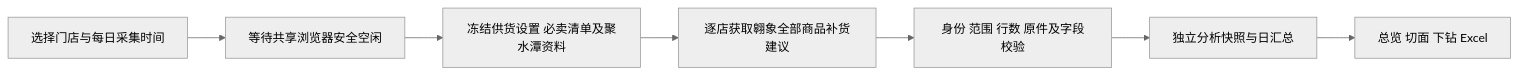
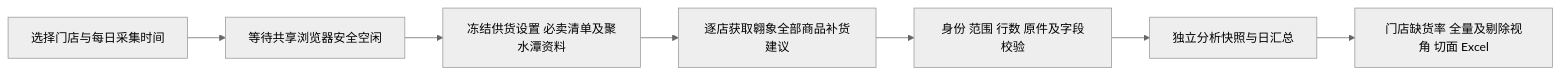
The diagram in docs/plans/每日缺货率分析独立板块方案_20261107.md (SakuraCulture/replenishment-assistant), drawn with Mermaid (neutral theme) before and after one commit. The commit also changed other lines of this file and 1 other file, not shown here.

````diff
--- a/docs/plans/每日缺货率分析独立板块方案_20261107.md
+++ b/docs/plans/每日缺货率分析独立板块方案_20261107.md
@@ -134,9 +169,9 @@
 ```mermaid
 flowchart LR
     A[选择门店与每日采集时间] --> B[等待共享浏览器安全空闲]
     B --> C[冻结供货设置 必卖清单及聚水潭资料]
     C --> D[逐店获取翱象全部商品补货建议]
     D --> E[身份 范围 行数 原件及字段校验]
     E --> F[独立分析快照与日汇总]
-    F --> G[总览 切面 下钻 Excel]
+    F --> G[门店缺货率 全量及剔除视角 切面 Excel]
 ```
````
